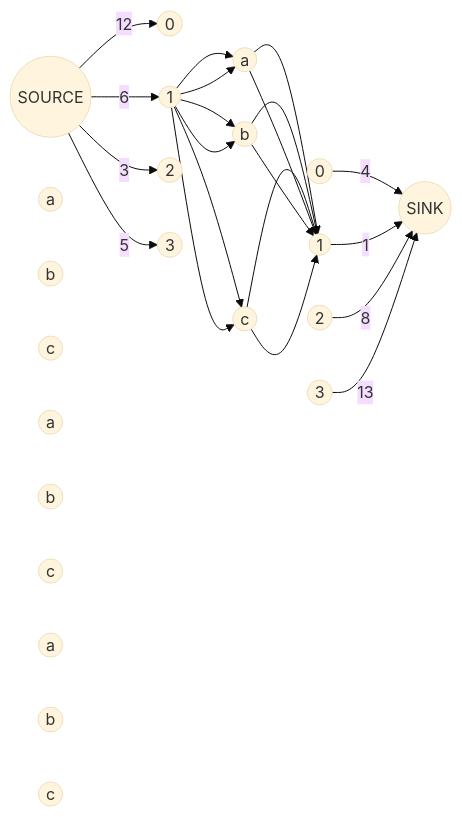
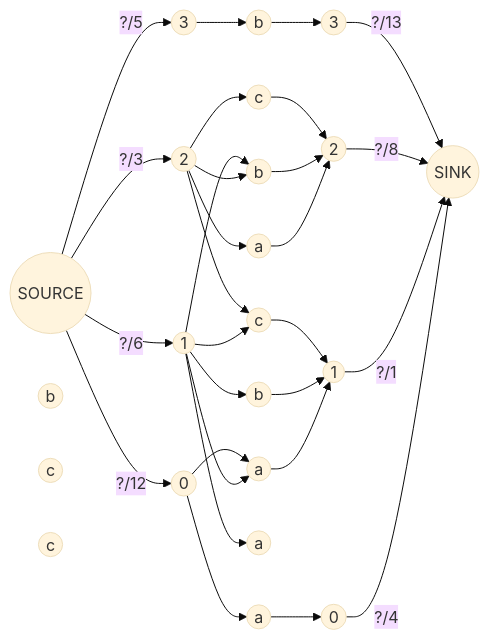
The second of 2 diagrams in vault/sem2/AuW/UE/cx/bf/cx09-bf.md (bfeitknecht/vault), drawn with Mermaid (base theme) before and after one commit.

Commit message:
vault backup: 2024-05-18 20:52:51 from MacBook Pro (echo)
Affected files:
vault/sem2/AuW/UE/cx/bf/cx09-bf.md

````diff
--- a/vault/sem2/AuW/UE/cx/bf/cx09-bf.md
+++ b/vault/sem2/AuW/UE/cx/bf/cx09-bf.md
@@ -22,48 +22,55 @@
 ```mermaid
 flowchart LR
 
 idF(("SOURCE"))
 idT(("SINK"))
 
 idf0((0))
 idf1((1))
 idf2((2))
 idf3((3))
 
 id0a((a))
 id0b((b))
 id0c((c))
 
 id1a((a))
 id1b((b))
 id1c((c))
 
 id2a((a))
 id2b((b))
 id2c((c))
 
 id3a((a))
 id3b((b))
 id3c((c))
 
 idt0((0))
 idt1((1))
 idt2((2))
 idt3((3))
 
 %%%%%%%%%%%%%%%%%%%%%%%%%%%%%%%%%%%%%%%%%%%%
 
-idF -->|"12"| idf0 
-idF -->|"6"| idf1
-idF -->|"3"| idf2
-idF -->|"5"| idf3
+idF -->|"?/12"| idf0 
+idF -->|"?/6"| idf1
+idF -->|"?/3"| idf2
+idF -->|"?/5"| idf3
 
-idt0 -->|"4"| idT 
-idt1 -->|"1"| idT
-idt2 -->|"8"| idT
-idt3 -->|"13"| idT
+idt0 -->|"?/4"| idT 
+idt1 -->|"?/1"| idT
+idt2 -->|"?/8"| idT
+idt3 -->|"?/13"| idT
 
+idf0 --> id0a --> idt0
 idf1 --> id1a & id1b & id1c --> idt1
-idf1 --> id1a & id1b & id1c --> idt1
+idf2 --> id2a & id2b & id2c --> idt2
+idf3 --> id3b --> idt3
 
+
+idf0 --> id1a
+idf1 --> id2b
+idf2 --> id1c
+idf1 --> id3a
 ```
````
